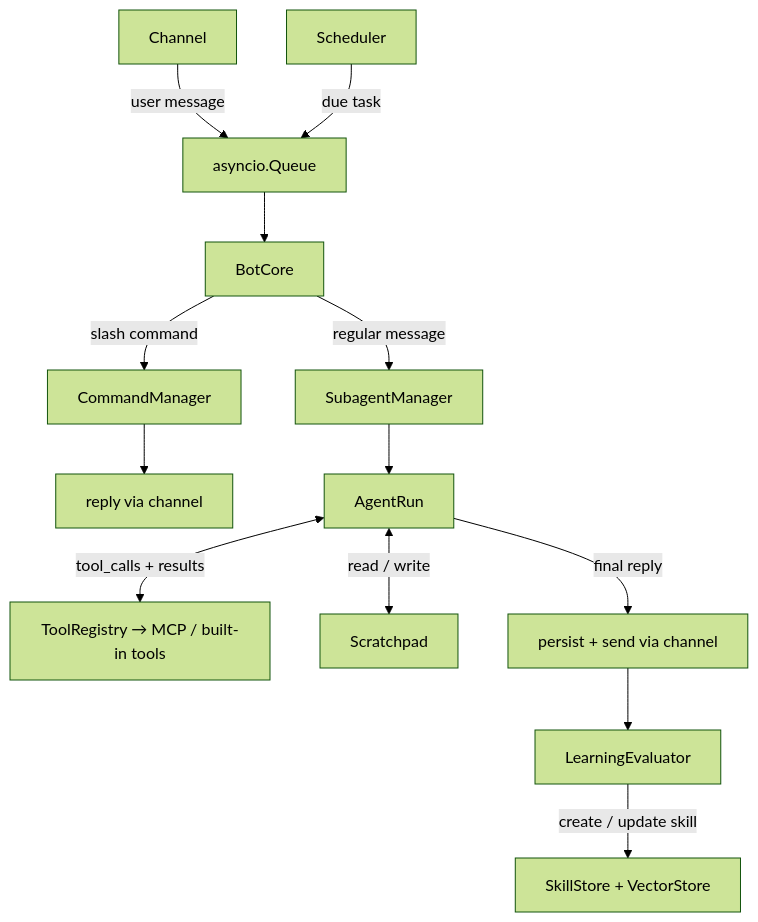
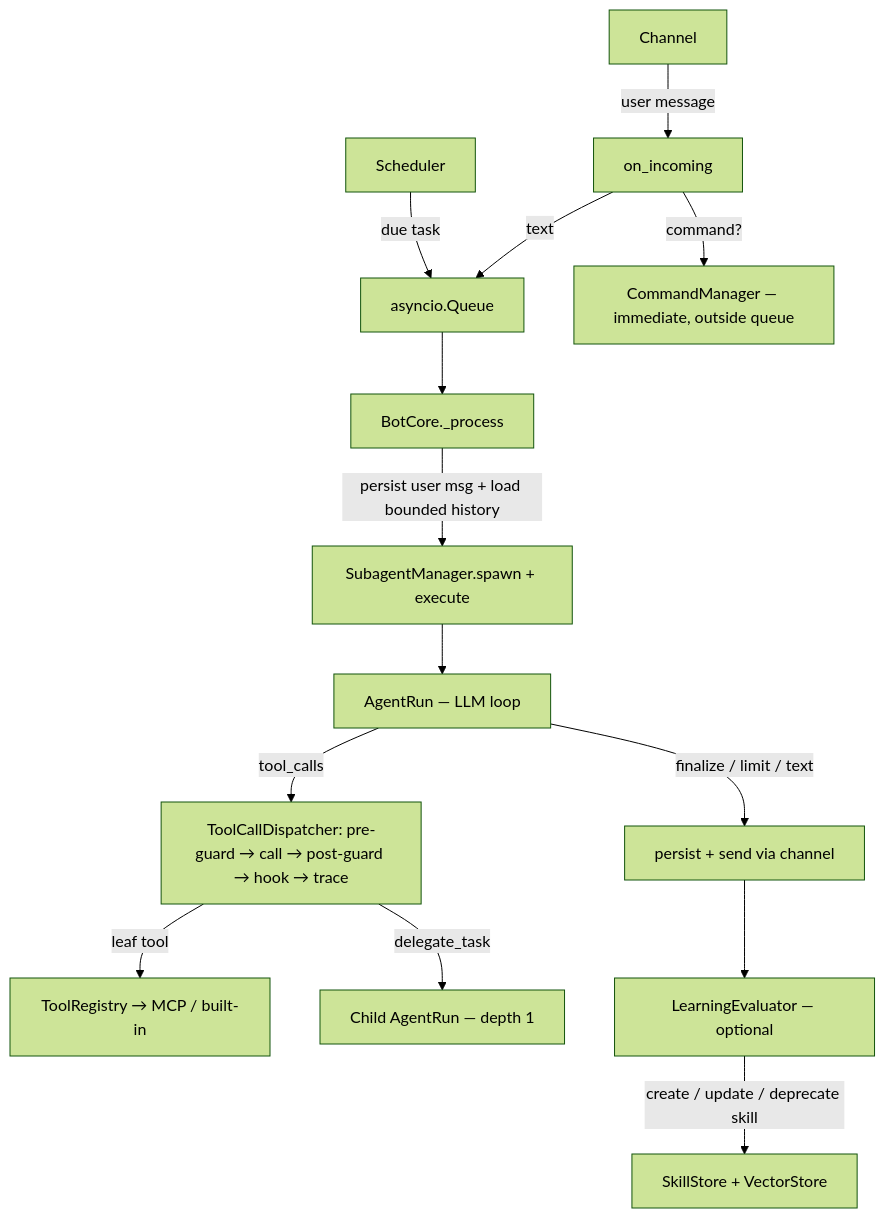
Before and after one commit to peara/nanobot: the second of 2 diagrams in ARCHITECTURE.md, drawn with Mermaid (forest theme). The commit also changed other lines of this file and 7 other files, not shown here.

````diff
--- a/ARCHITECTURE.md
+++ b/ARCHITECTURE.md
@@ -124,21 +120,20 @@
 ```mermaid
 flowchart TD
-    CH[Channel] -->|user message| Q[asyncio.Queue]
-    SCH[Scheduler] -->|due task| Q
+    CH[Channel] -->|user message| on_incoming
+    SCH[Scheduler] -->|due task| Q[asyncio.Queue]
+    on_incoming -->|command?| CMD[CommandManager — immediate, outside queue]
+    on_incoming -->|text| Q
 
-    Q --> BCore[BotCore]
+    Q --> BCore[BotCore._process]
 
-    BCore -->|slash command| CMD[CommandManager]
-    CMD --> REPLY1[reply via channel]
+    BCore -->|persist user msg + load bounded history| SM[SubagentManager.spawn + execute]
+    SM --> AR[AgentRun — LLM loop]
 
-    BCore -->|regular message| SM[SubagentManager]
-    SM --> AR[AgentRun]
+    AR -->|tool_calls| GUARD[ToolCallDispatcher: pre-guard → call → post-guard → hook → trace]
+    GUARD -->|leaf tool| TR[ToolRegistry → MCP / built-in]
+    GUARD -->|delegate_task| CHILD[Child AgentRun — depth 1]
+    AR -->|finalize / limit / text| SEND[persist + send via channel]
 
-    AR <-->|tool_calls + results| TOOLS[ToolRegistry → MCP / built-in tools]
-    AR <-->|read / write| SP[Scratchpad]
-
-    AR -->|final reply| SEND[persist + send via channel]
-
-    SEND --> EV[LearningEvaluator]
-    EV -->|create / update skill| SK[SkillStore + VectorStore]
+    SEND --> EV[LearningEvaluator — optional]
+    EV -->|create / update / deprecate skill| SK[SkillStore + VectorStore]
 ```
````
